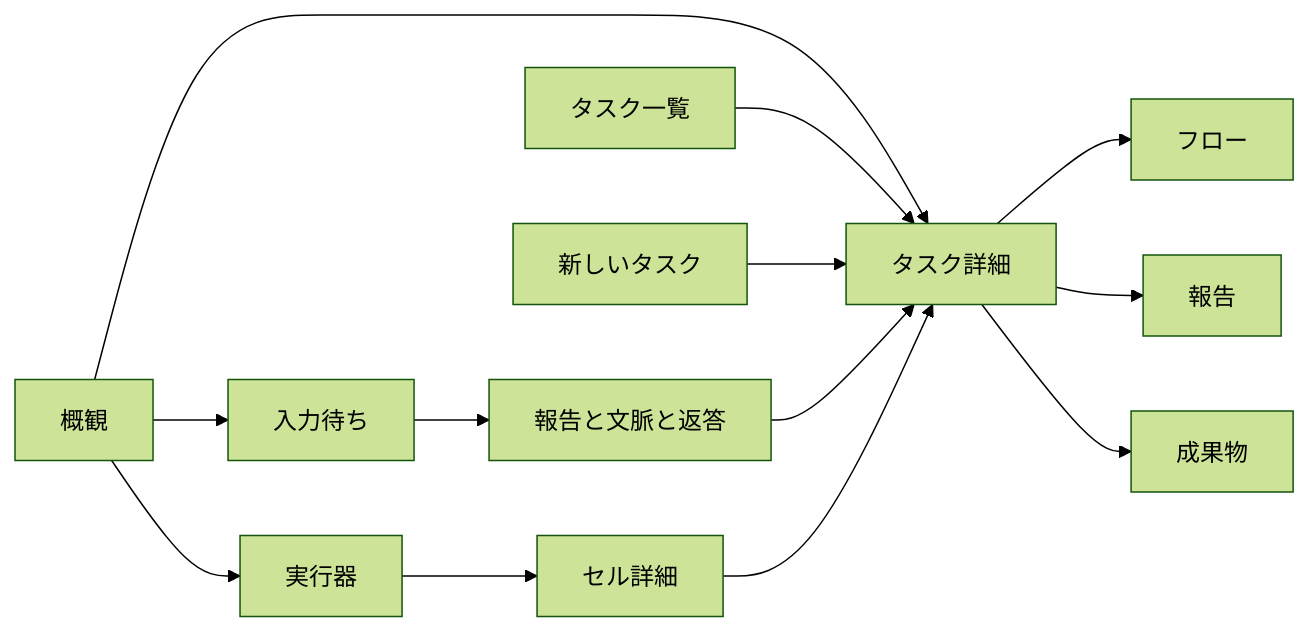
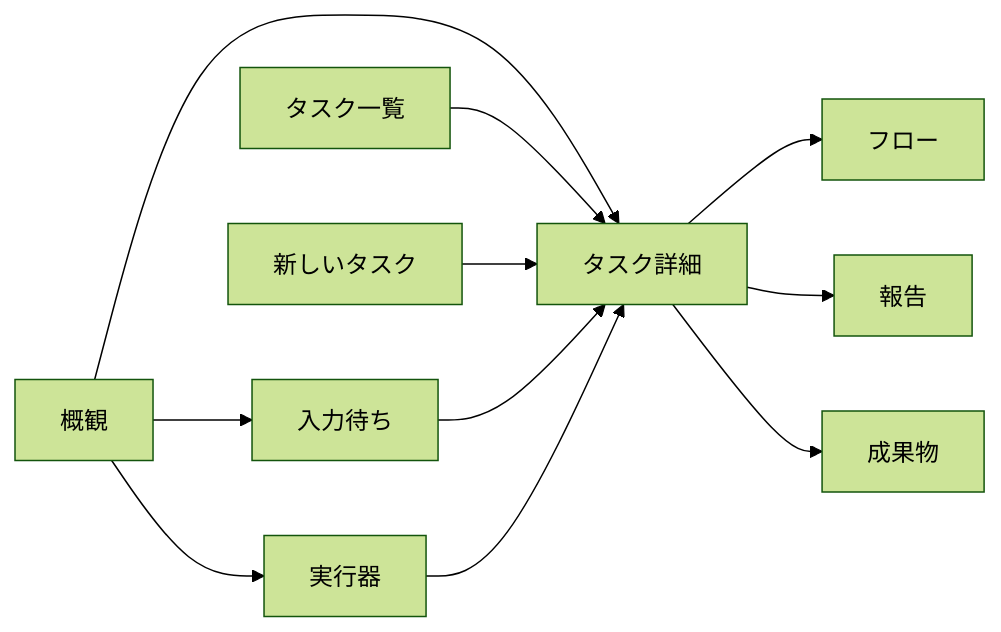
The diagram in ui-mock/docs/ux-design.md (myurait/pda), drawn with Mermaid (forest theme) before and after one commit. The commit also changed other lines of this file and 39 other files, not shown here.

````diff
--- a/ui-mock/docs/ux-design.md
+++ b/ui-mock/docs/ux-design.md
@@ -46,15 +47,13 @@
 ```mermaid
 flowchart LR
   概観 --> 入力待ち
   概観 --> タスク詳細
   概観 --> 実行器
   タスク一覧 --> タスク詳細
   新しいタスク --> タスク詳細
-  入力待ち --> 報告と文脈と返答
-  報告と文脈と返答 --> タスク詳細
-  実行器 --> セル詳細
-  セル詳細 --> タスク詳細
+  入力待ち --> タスク詳細
+  実行器 --> タスク詳細
   タスク詳細 --> フロー
   タスク詳細 --> 報告
   タスク詳細 --> 成果物
 ```
````
